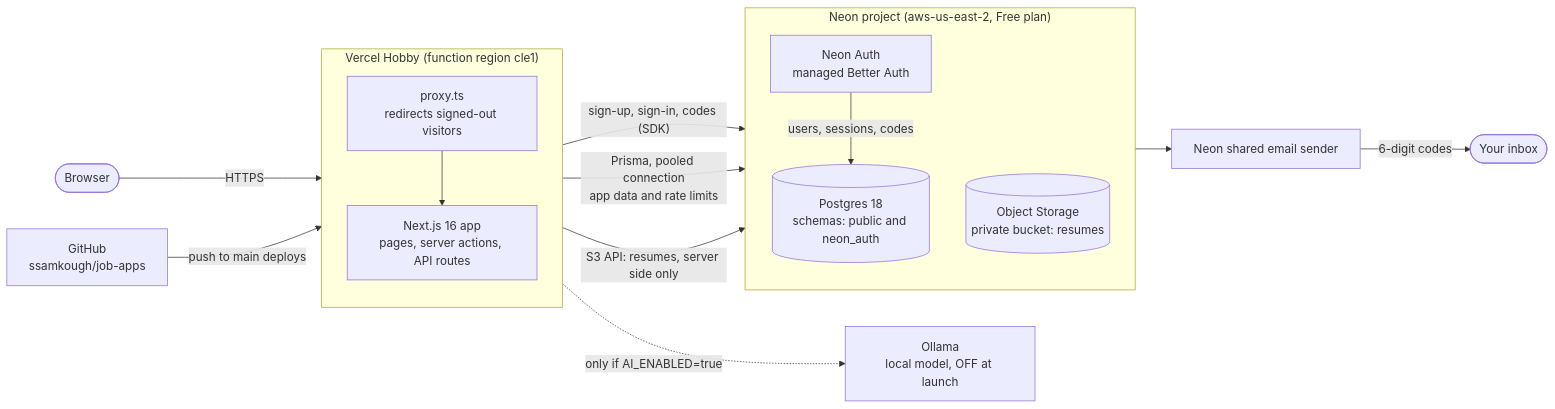
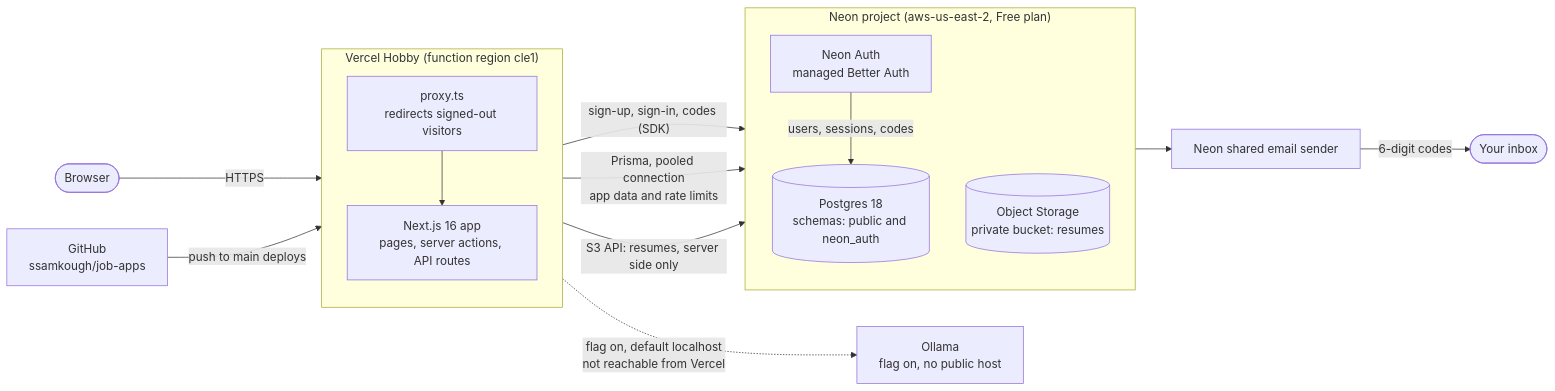
Before and after one commit to ssamkough/job-apps: the first of 4 diagrams in README.md, drawn with Mermaid. The commit also changed other lines of this file and 2 other files, not shown here.

First line of the commit message:
Record that production AI is on and still has no Ollama host.

````diff
--- a/README.md
+++ b/README.md
@@ -23,32 +23,32 @@
 ```mermaid
 flowchart LR
     user(["Browser"])
     inbox(["Your inbox"])
 
     subgraph vercel["Vercel Hobby (function region cle1)"]
         direction TB
         proxy["proxy.ts<br/>redirects signed-out visitors"]
         app["Next.js 16 app<br/>pages, server actions, API routes"]
         proxy --> app
     end
 
     subgraph neon["Neon project (aws-us-east-2, Free plan)"]
         direction TB
         auth["Neon Auth<br/>managed Better Auth"]
         pg[("Postgres 18<br/>schemas: public and neon_auth")]
         s3[("Object Storage<br/>private bucket: resumes")]
         auth -- "users, sessions, codes" --> pg
     end
 
     mail["Neon shared email sender"]
     gh["GitHub<br/>ssamkough/job-apps"]
-    ollama["Ollama<br/>local model, OFF at launch"]
+    ollama["Ollama<br/>flag on, no public host"]
 
     user -- "HTTPS" --> proxy
     app -- "sign-up, sign-in, codes (SDK)" --> auth
     app -- "Prisma, pooled connection<br/>app data and rate limits" --> pg
     app -- "S3 API: resumes, server side only" --> s3
-    app -. "only if AI_ENABLED=true" .-> ollama
+    app -. "flag on, default localhost<br/>not reachable from Vercel" .-> ollama
     auth --> mail -- "6-digit codes" --> inbox
     gh -- "push to main deploys" --> vercel
 ```
````
